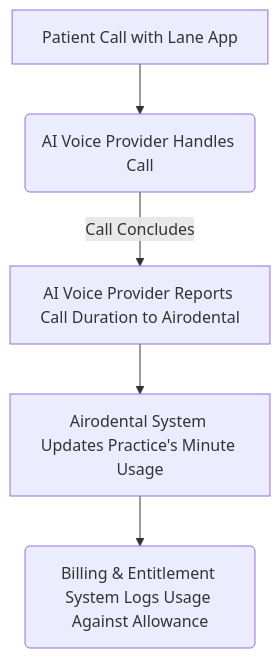
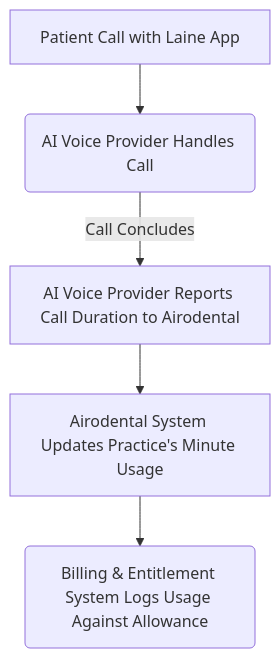
One commit to haloweavedev/airodental-billing changed the second of 4 diagrams in airodental-billing-overview.md. Above: the diagram before and after it, drawn with Mermaid. The commit also changed other lines of this file and 1 other file, not shown here.

````diff
--- a/airodental-billing-overview.md
+++ b/airodental-billing-overview.md
@@ -31,7 +31,7 @@
 ```mermaid
 graph TD
-    A[Patient Call with Lane App] --> B(AI Voice Provider Handles Call);
+    A[Patient Call with Laine App] --> B(AI Voice Provider Handles Call);
     B -- Call Concludes --> C[AI Voice Provider Reports Call Duration to Airodental];
     C --> D[Airodental System Updates Practice's Minute Usage];
     D --> E(Billing & Entitlement System Logs Usage Against Allowance);
 ```
````
